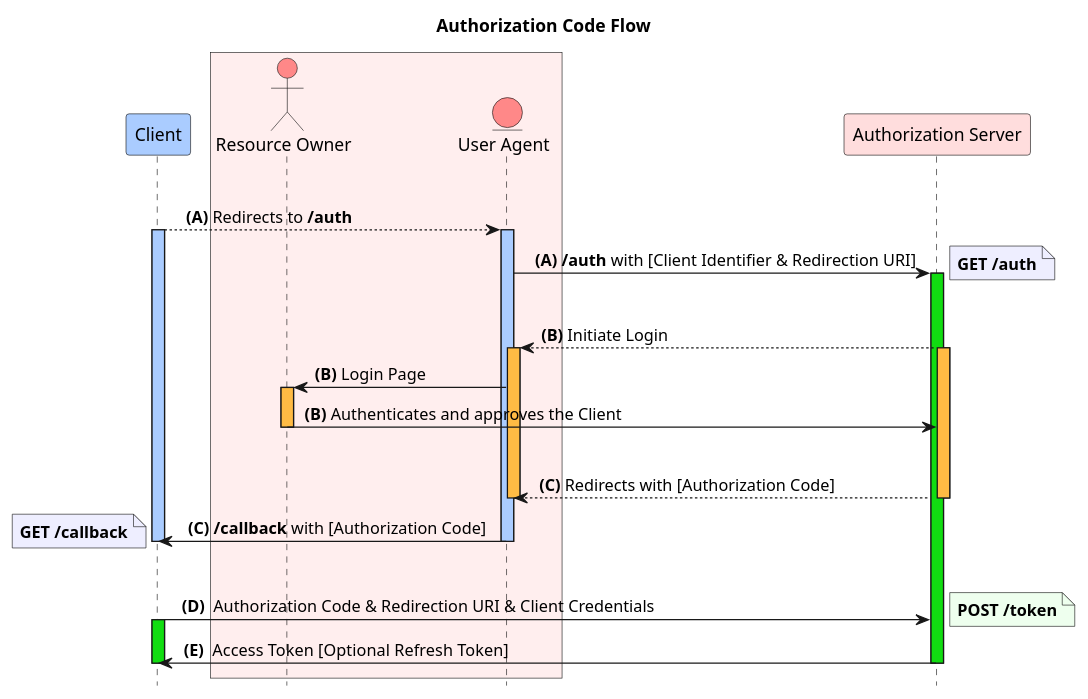
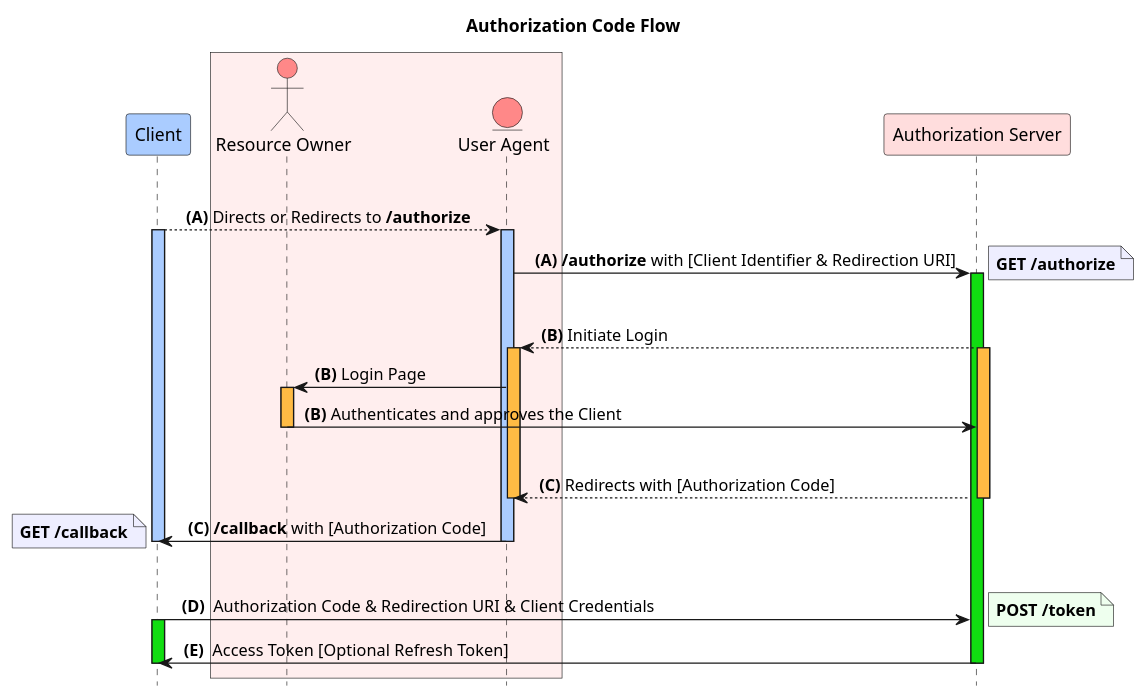
The diagram in diagrams/003-authorization-code.puml (naderghanbari/oauth2-slides), drawn with PlantUML before and after one commit. The commit also changed 2 other files, not shown here.

Commit message:
Authorization code flow

```diff
--- a/diagrams/003-authorization-code.puml
+++ b/diagrams/003-authorization-code.puml
@@ -1,51 +1,51 @@
 @startuml
 
 title Authorization Code Flow
 hide footbox
 skinparam {
   ParticipantPadding 5
   BoxPadding 5
 }
 
 participant "Client"                as CL       #ACF
 box #FEE
 actor       "Resource Owner"        as RO       #F88
 entity      "User Agent"            as UA       #F88
 end box
 participant "Authorization Server"  as AS       #FDD
 
 |||
-CL-->UA:   <b>   (A)</b> Redirects to <b>/auth</b>
+CL-->UA:   <b>   (A)</b> Directs or Redirects to <b>/authorize</b>
 activate CL #ACF
 activate UA #ACF
-UA->AS:   <b>   (A) <b>/auth</b> with [Client Identifier & Redirection URI]
-note right #EEF: <b>GET /auth</b>
+UA->AS:   <b>   (A) <b>/authorize</b> with [Client Identifier & Redirection URI]
+note right #EEF: <b>GET /authorize</b>
 
 activate AS #1D1
 |||
 UA<--AS: <b>(B)</b> Initiate Login
 activate UA #FB4
 activate AS #FB4
 UA->RO: <b>(B)</b> Login Page
 activate RO #FB4
 RO->AS: <b>  (B)</b> Authenticates and approves the Client
 deactivate RO
 
 |||
 UA<--AS: <b> (C)</b> Redirects with [Authorization Code]
 deactivate AS
 deactivate UA
 CL<-UA: <b>  (C)</b> <b>/callback</b> with [Authorization Code]
 note left #EEF: <b>GET /callback</b>
 deactivate UA
 deactivate CL
 
 |||
 CL->AS: <b>  (D)</b>  Authorization Code & Redirection URI & Client Credentials
 note right #EFE: <b>POST /token</b>
 activate CL #1D1
 CL<-AS: <b> (E)</b>  Access Token [Optional Refresh Token]
 deactivate CL
 deactivate AS
 
 @enduml
```
